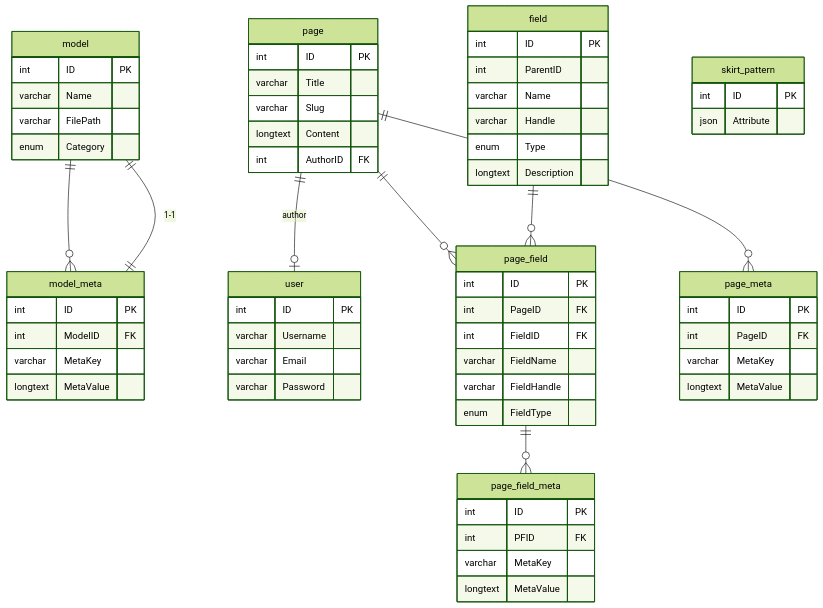
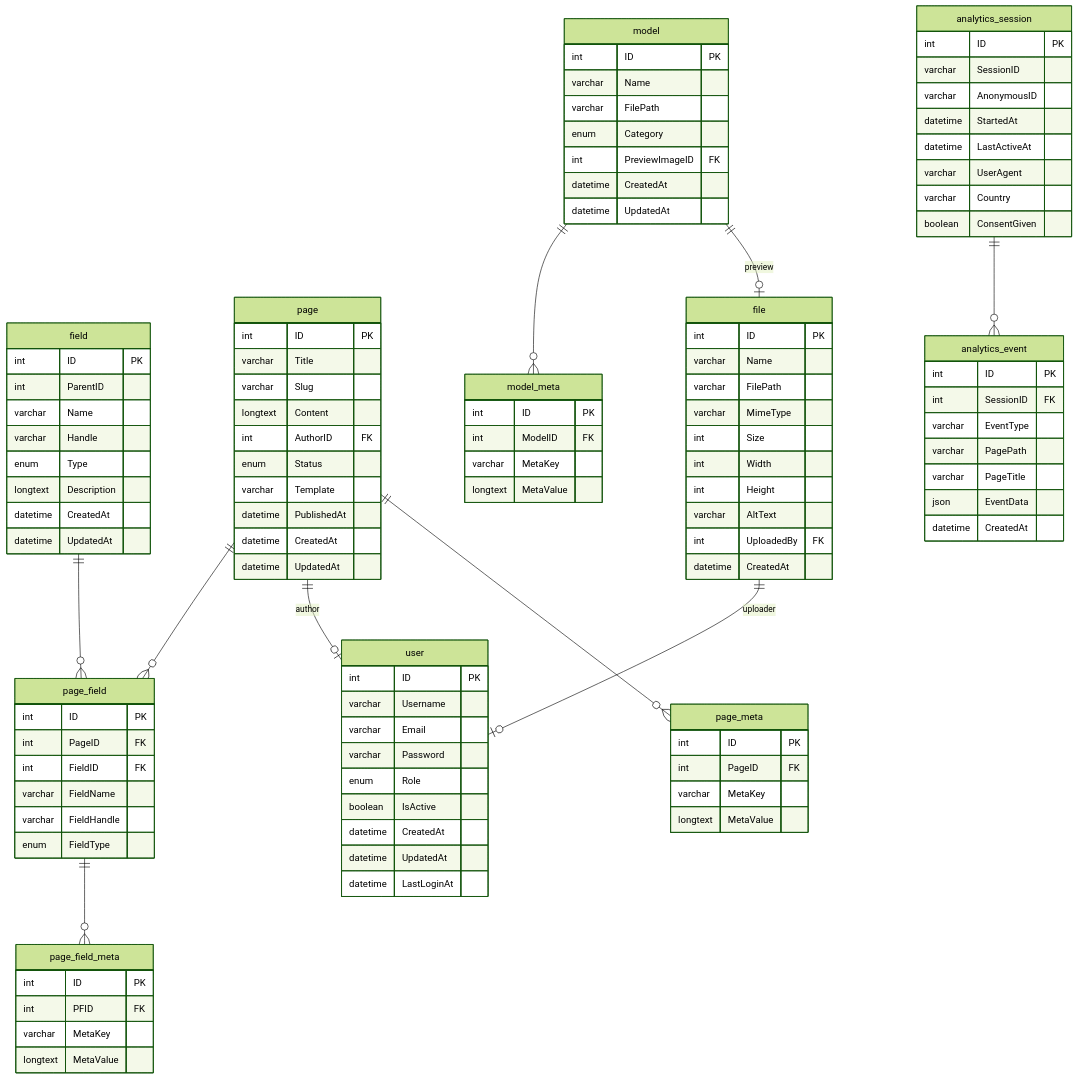
Before and after one commit to BoysInSkirts/BoysInSkirts: the diagram in database/schema.mmd, drawn with Mermaid (forest theme). The commit also changed 1 other file, not shown here.

Commit message:
add analytics

```diff
--- a/database/schema.mmd
+++ b/database/schema.mmd
@@ -1,68 +1,116 @@
 erDiagram
     field {
         int ID PK
         int ParentID
         varchar Name
         varchar Handle
         enum Type         
         %%  plain_text, rich_text, link, assets
         longtext Description
+        datetime CreatedAt
+        datetime UpdatedAt
     }
     page {
         int ID PK
         varchar Title
         varchar Slug
         longtext Content
         int AuthorID FK
+        enum Status
+        %% draft, published, archived
+        varchar Template
+        datetime PublishedAt
+        datetime CreatedAt
+        datetime UpdatedAt
     }
     model {
         int ID PK
         varchar Name
         varchar FilePath
         enum Category
+        %% human_model, skirt_asset
+        int PreviewImageID FK
+        datetime CreatedAt
+        datetime UpdatedAt
     }
     model_meta {
         int ID PK
         int ModelID FK
         varchar MetaKey
         longtext MetaValue
     }
-    skirt_pattern {
-        int ID PK
-        json Attribute
-    }
     user {
         int ID PK
         varchar Username
         varchar Email
         varchar Password
+        enum Role
+        %% admin, editor
+        boolean IsActive
+        datetime CreatedAt
+        datetime UpdatedAt
+        datetime LastLoginAt
     }
     page_field {
         int ID PK
         int PageID FK
         int FieldID FK
         varchar FieldName
         varchar FieldHandle
         enum FieldType    
         %% plain_text, rich_text, link, assets
     }
     page_field_meta {
         int ID PK
         int PFID FK
         varchar MetaKey
         longtext MetaValue
     }
     page_meta {
         int ID PK
         int PageID FK
         varchar MetaKey
         longtext MetaValue
     }
+    file {
+        int ID PK
+        varchar Name
+        varchar FilePath
+        varchar MimeType
+        int Size
+        int Width
+        int Height
+        varchar AltText
+        int UploadedBy FK
+        datetime CreatedAt
+    }
+    analytics_session {
+        int ID PK
+        varchar SessionID
+        varchar AnonymousID
+        datetime StartedAt
+        datetime LastActiveAt
+        varchar UserAgent
+        varchar Country
+        boolean ConsentGiven
+    }
+    analytics_event {
+        int ID PK
+        int SessionID FK
+        varchar EventType
+        %% page_view, vt_interaction, model_switch, skirt_switch
+        varchar PagePath
+        varchar PageTitle
+        json EventData
+        datetime CreatedAt
+    }
 
     model ||--o{ model_meta : ""
-    model ||--|| model_meta : "1-1"
+    model ||--o| file : "preview"
     page ||--o{ page_field : ""
     field ||--o{ page_field : ""
     page ||--o| user : "author"
     page ||--o{ page_meta : ""
     page_field ||--o{ page_field_meta : ""
+    file ||--o| user : "uploader"
+    analytics_session ||--o{ analytics_event : ""
```
